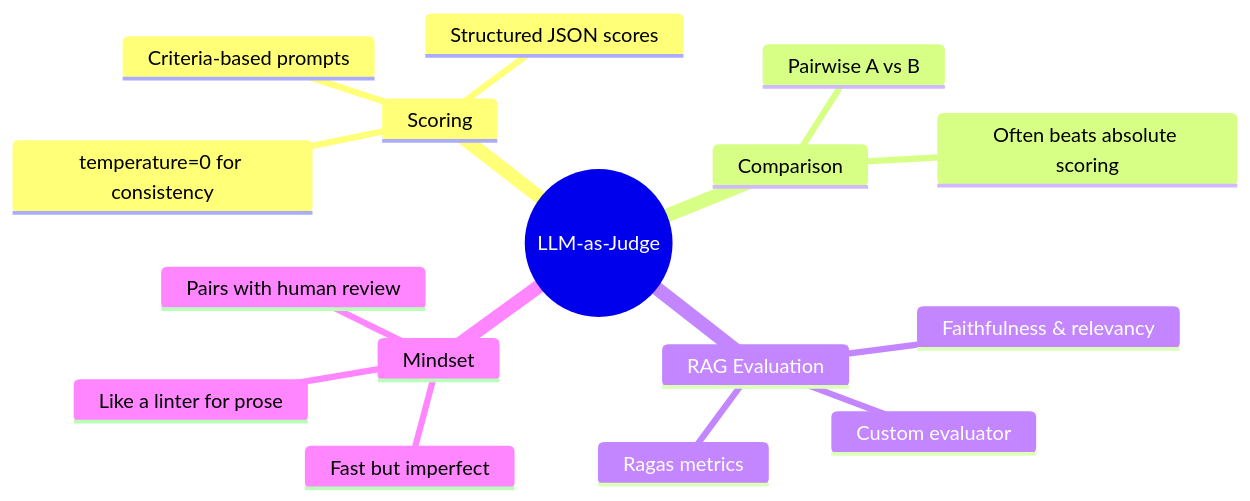
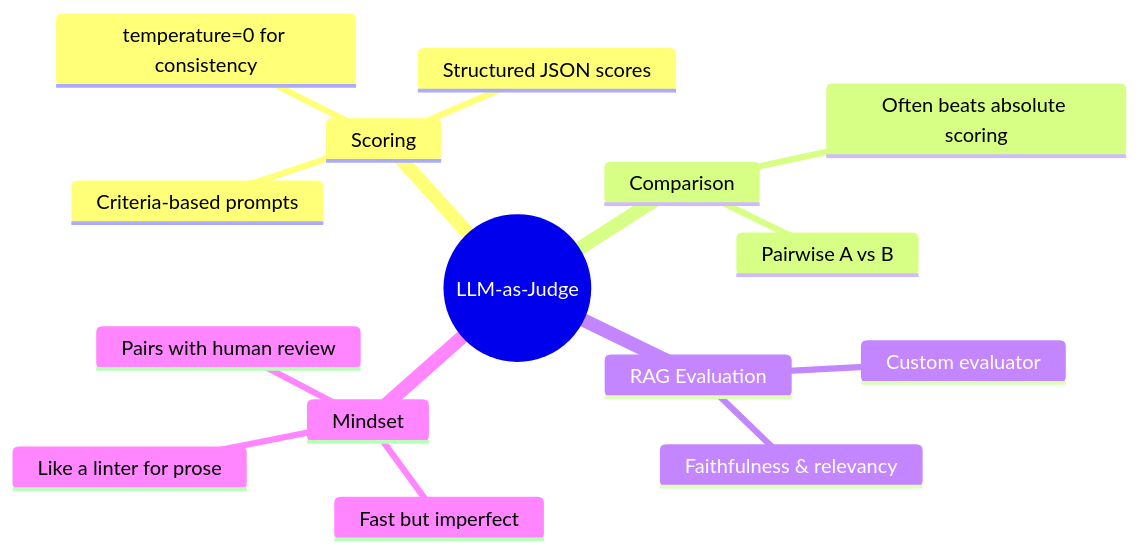
One commit to akshkr/akashnotes changed the fourth of 4 diagrams in Phase_5_Evaluation_and_Security/Day_058_llm_as_judge_part1/llm_as_judge_part1.md. Above: the diagram before and after it, drawn with Mermaid. The commit also changed other lines of this file and 95 other files, not shown here.

````diff
--- a/Phase_5_Evaluation_and_Security/Day_058_llm_as_judge_part1/llm_as_judge_part1.md
+++ b/Phase_5_Evaluation_and_Security/Day_058_llm_as_judge_part1/llm_as_judge_part1.md
@@ -460,19 +415,18 @@
 ```mermaid
 mindmap
   root((LLM-as-Judge))
     Scoring
       Criteria-based prompts
       Structured JSON scores
       temperature=0 for consistency
     Comparison
       Pairwise A vs B
       Often beats absolute scoring
     RAG Evaluation
-      Ragas metrics
       Custom evaluator
       Faithfulness & relevancy
     Mindset
       Like a linter for prose
       Fast but imperfect
       Pairs with human review
 ```
````
